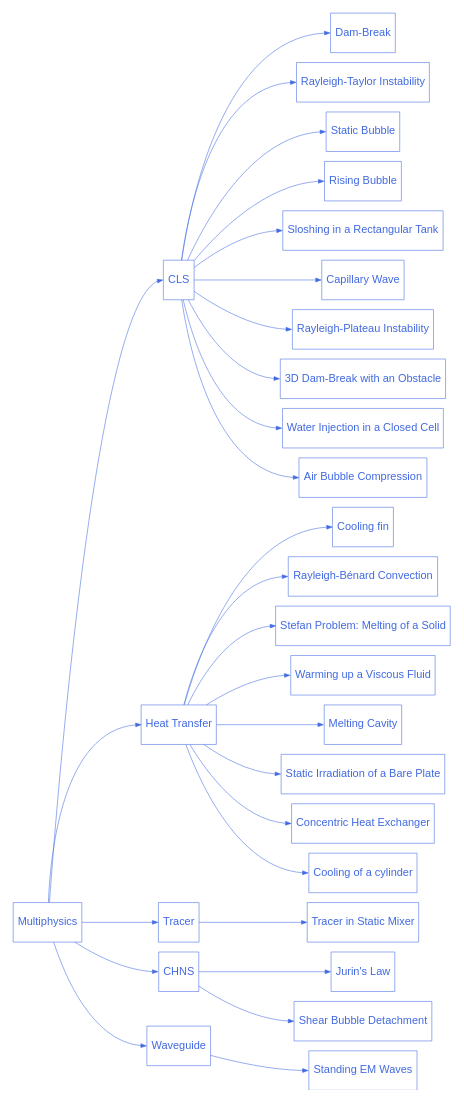
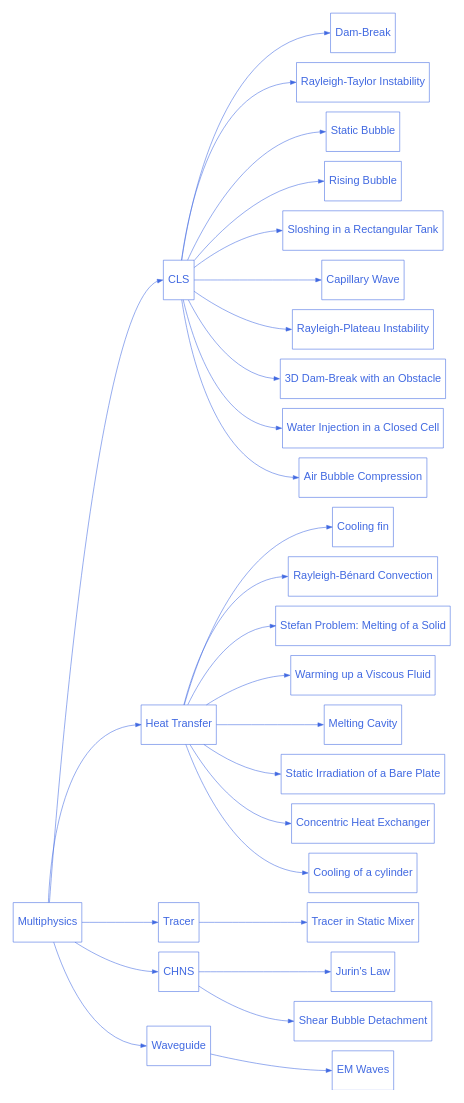
One commit to chaos-polymtl/lethe changed the diagram in doc/source/examples/multiphysics/multiphysics.rst. Above: the diagram before and after it, drawn with Graphviz. The commit also changed 4 other files, not shown here.

```diff
--- a/doc/source/examples/multiphysics/multiphysics.rst
+++ b/doc/source/examples/multiphysics/multiphysics.rst
@@ -76,7 +76,7 @@
 
       multiphysics_5 [label="Waveguide", href="https://chaos-polymtl.github.io/lethe/documentation/examples/multiphysics/waveguide.html"];
 
-      multiphysics_5_1 [label="Standing EM Waves", href="https://chaos-polymtl.github.io/lethe/documentation/examples/multiphysics/standing-EM-waves/standing-EM-waves.html"];
+      multiphysics_5_1 [label="EM Waves", href="https://chaos-polymtl.github.io/lethe/documentation/examples/multiphysics/EM-waves/EM-waves.html"];
 
 
       multiphysics -> multiphysics_1:w;
```
